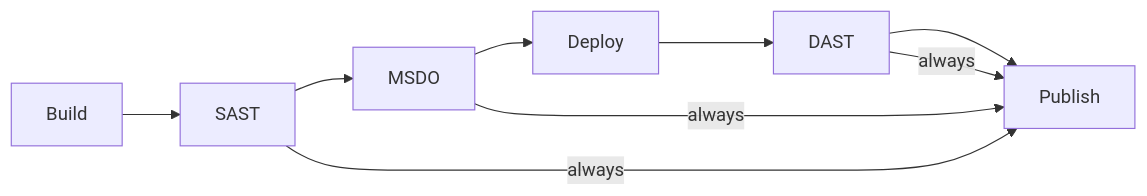
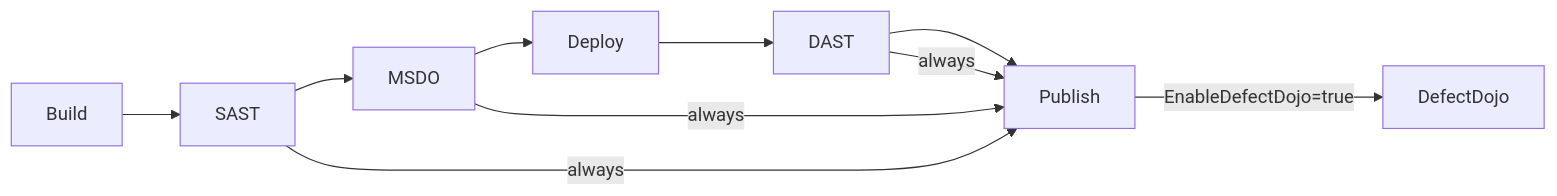
Before and after one commit to maybejaishkhan/sample: the diagram in doc.md, drawn with Mermaid. The commit also changed other lines of this file and 7 other files, not shown here.

Commit message:
added defect dojo

````diff
--- a/doc.md
+++ b/doc.md
@@ -49,7 +50,8 @@
 ```mermaid
 flowchart LR
     A[Build] --> B[SAST] --> C[MSDO] --> D[Deploy] --> E[DAST] --> F[Publish]
     B -->|always| F
     C -->|always| F
     E -->|always| F
+    F -->|EnableDefectDojo=true| G[DefectDojo]
 ```
````
